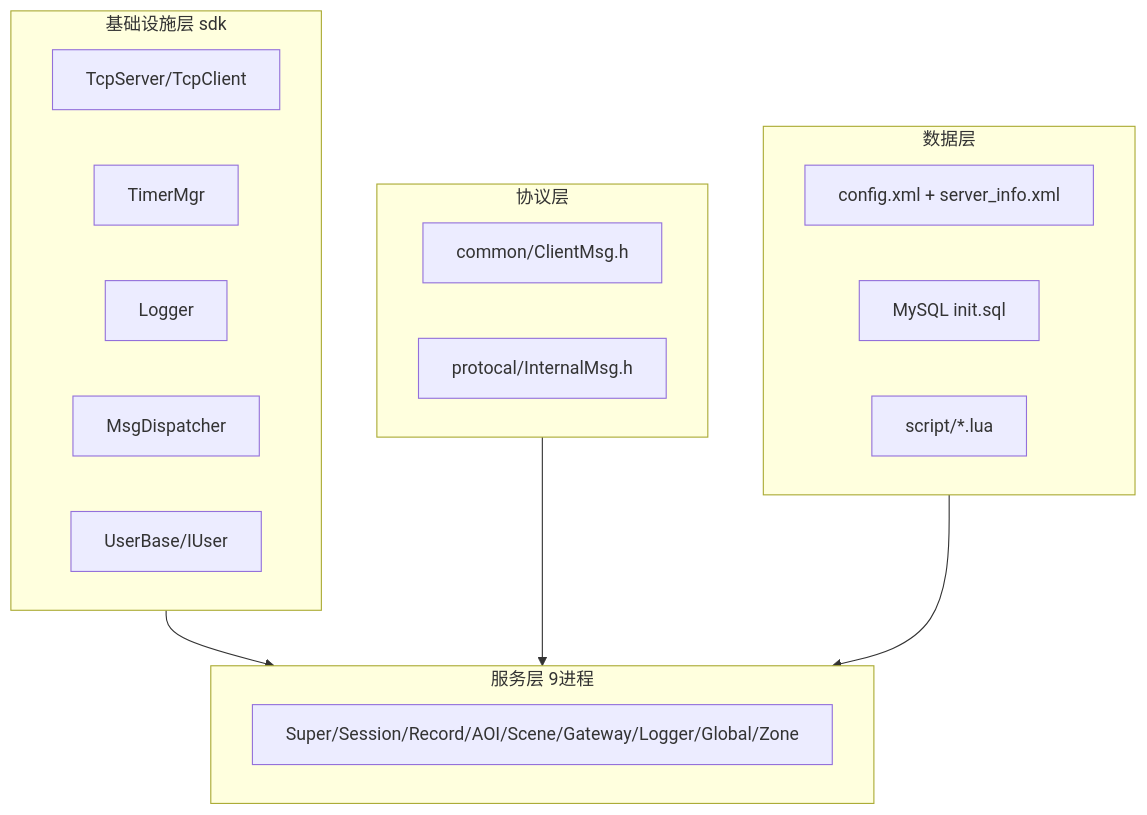
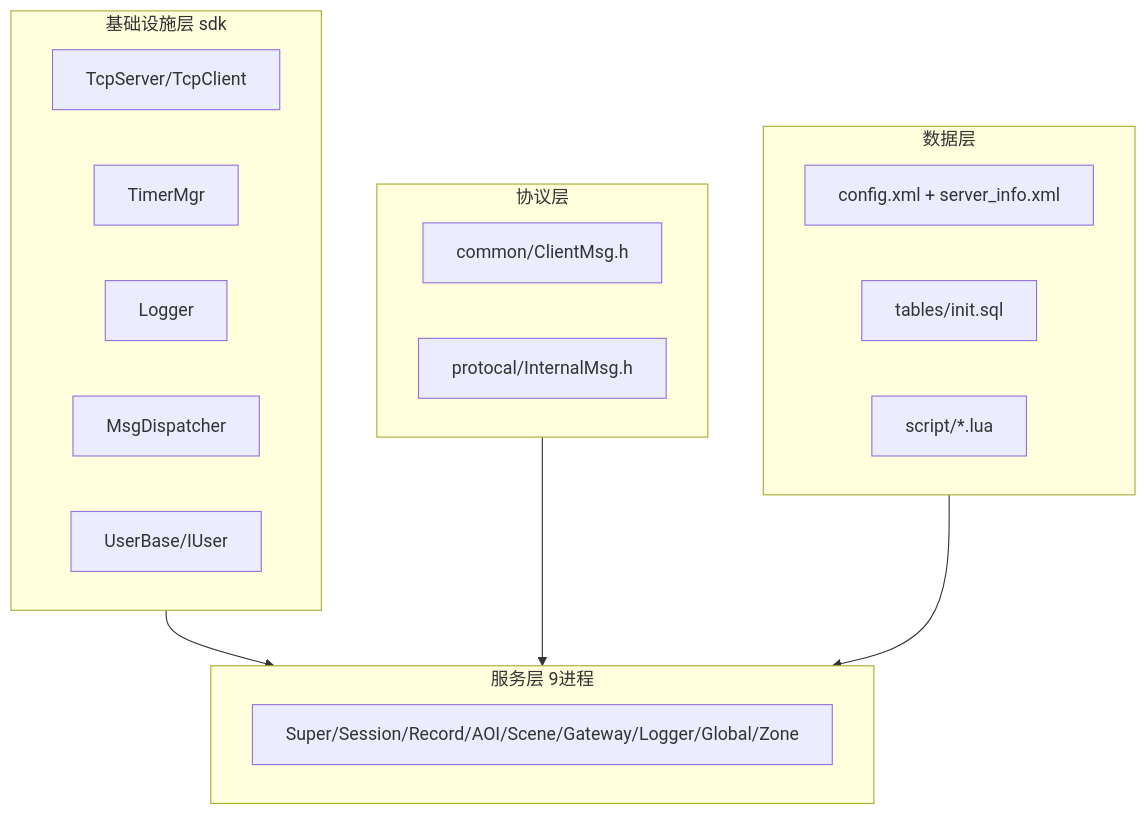
The fifth of 5 diagrams in docs/ARCHITECTURE.md (hechuangguo/RPG_Server), drawn with Mermaid before and after one commit. The commit also changed other lines of this file and 53 other files, not shown here.

````diff
--- a/docs/ARCHITECTURE.md
+++ b/docs/ARCHITECTURE.md
@@ -343,29 +344,29 @@
 ```mermaid
 flowchart TB
     subgraph infra [基础设施层 sdk]
         Net[TcpServer/TcpClient]
         Timer[TimerMgr]
         Log[Logger]
         Disp[MsgDispatcher]
         User[UserBase/IUser]
     end
 
     subgraph proto [协议层]
         ClientProto[common/ClientMsg.h]
         InternalProto[protocal/InternalMsg.h]
     end
 
     subgraph services [服务层 9进程]
         SVC[Super/Session/Record/AOI/Scene/Gateway/Logger/Global/Zone]
     end
 
     subgraph data [数据层]
         XML[config.xml + server_info.xml]
-        SQL[MySQL init.sql]
+        SQL[tables/init.sql]
         LuaScript[script/*.lua]
     end
 
     infra --> services
     proto --> services
     data --> services
 ```
````
